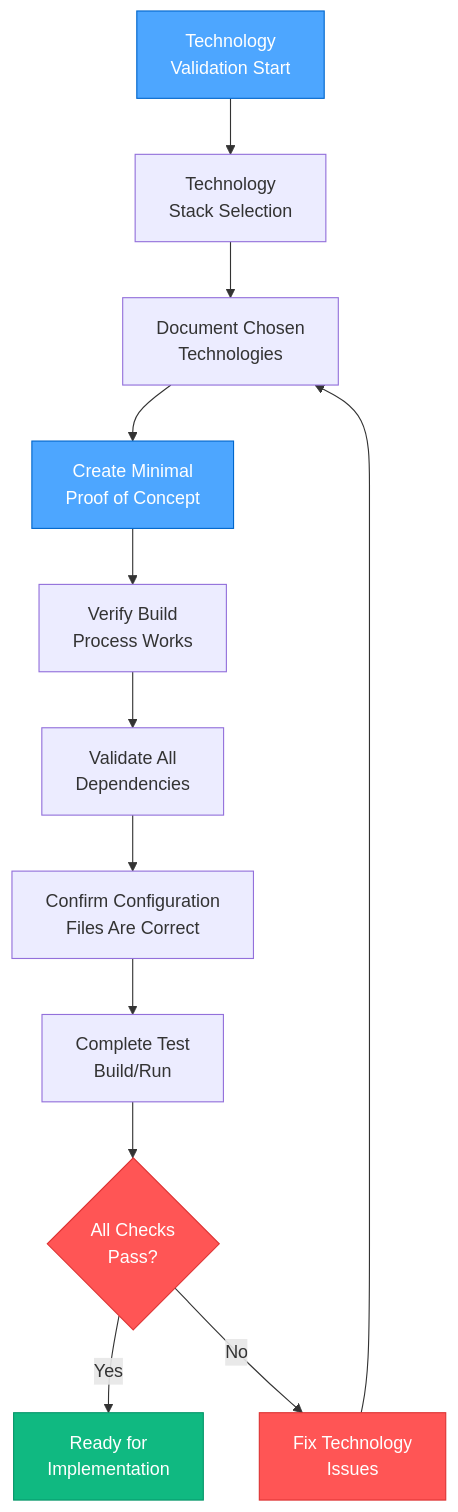
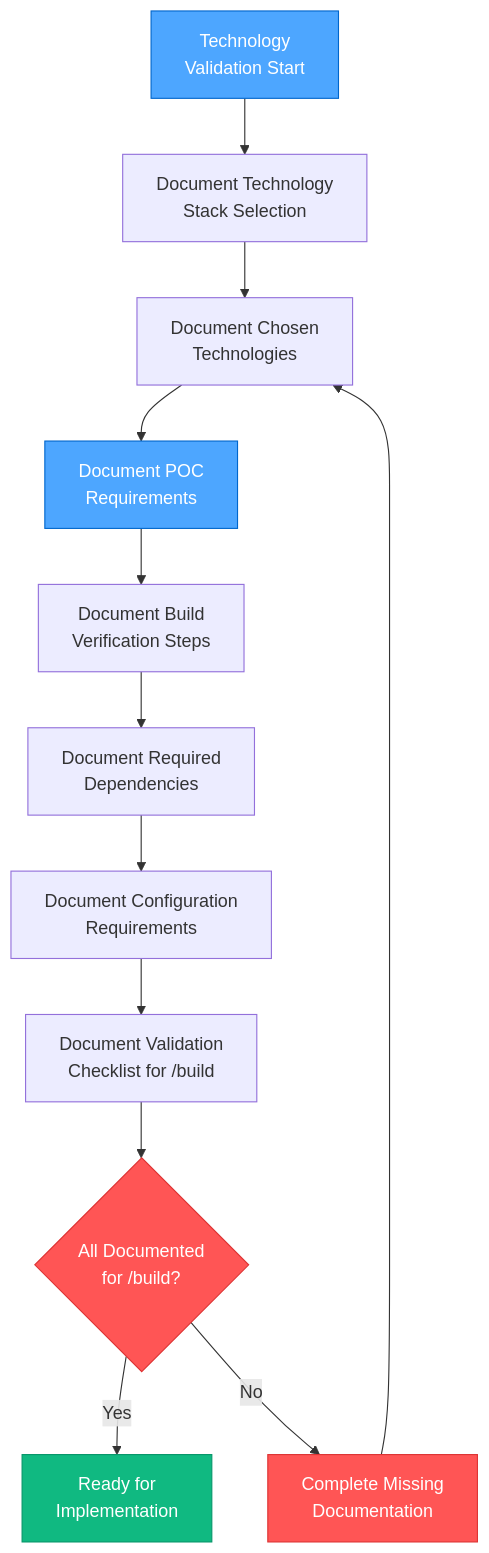
One commit to xianzhu21/cursor-memory-notion changed the third of 5 diagrams in .cursor/rules/isolation_rules/visual-maps/plan-mode-map.mdc. Above: the diagram before and after it, drawn with Mermaid. The commit also changed other lines of this file and 6 other files, not shown here.

````diff
--- a/.cursor/rules/isolation_rules/visual-maps/plan-mode-map.mdc
+++ b/.cursor/rules/isolation_rules/visual-maps/plan-mode-map.mdc
@@ -116,21 +118,21 @@
 ```mermaid
 graph TD
-    Start["Technology<br>Validation Start"] --> Select["Technology<br>Stack Selection"]
+    Start["Technology<br>Validation Start"] --> Select["Document Technology<br>Stack Selection"]
     Select --> Document["Document Chosen<br>Technologies"]
-    Document --> POC["Create Minimal<br>Proof of Concept"]
-    POC --> Build["Verify Build<br>Process Works"]
-    Build --> Dependencies["Validate All<br>Dependencies"]
-    Dependencies --> Config["Confirm Configuration<br>Files Are Correct"]
-    Config --> Test["Complete Test<br>Build/Run"]
-    Test --> Success{"All Checks<br>Pass?"}
+    Document --> POC["Document POC<br>Requirements"]
+    POC --> Build["Document Build<br>Verification Steps"]
+    Build --> Dependencies["Document Required<br>Dependencies"]
+    Dependencies --> Config["Document Configuration<br>Requirements"]
+    Config --> Test["Document Validation<br>Checklist for /build"]
+    Test --> Success{"All Documented<br>for /build?"}
     
     Success -->|"Yes"| Ready["Ready for<br>Implementation"]
-    Success -->|"No"| Fix["Fix Technology<br>Issues"]
+    Success -->|"No"| Fix["Complete Missing<br>Documentation"]
     Fix --> Document
     
     style Start fill:#4da6ff,stroke:#0066cc,color:white
     style POC fill:#4da6ff,stroke:#0066cc,color:white
     style Success fill:#ff5555,stroke:#dd3333,color:white
     style Fix fill:#ff5555,stroke:#dd3333,color:white
     style Ready fill:#10b981,stroke:#059669,color:white
 ```
````
